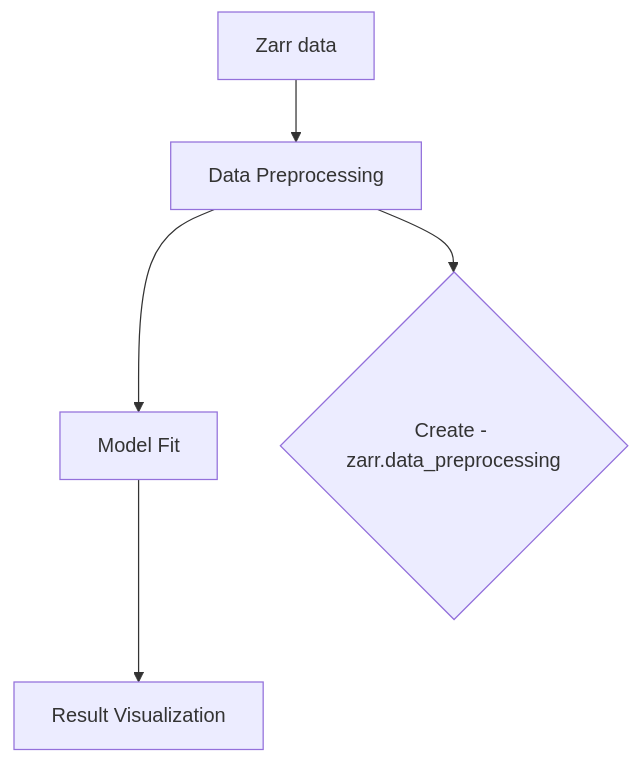
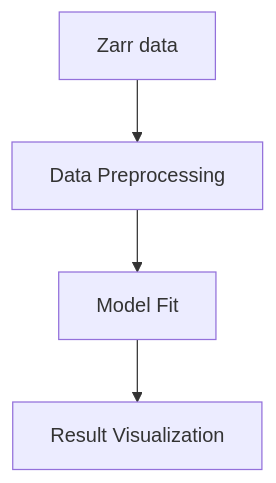
The second of 2 diagrams in README.md (oceanhackweek/ohw25_proj_gap), drawn with Mermaid before and after one commit. The commit also changed other lines of this file, not shown here.

````diff
--- a/README.md
+++ b/README.md
@@ -61,7 +61,6 @@
 ```mermaid
 flowchart TD
     A[Zarr data] --> B[Data Preprocessing]
     B --> C[Model Fit]
     C --> D[Result Visualization]
-    B --> E{Create - zarr.data_preprocessing}
 ```
````
